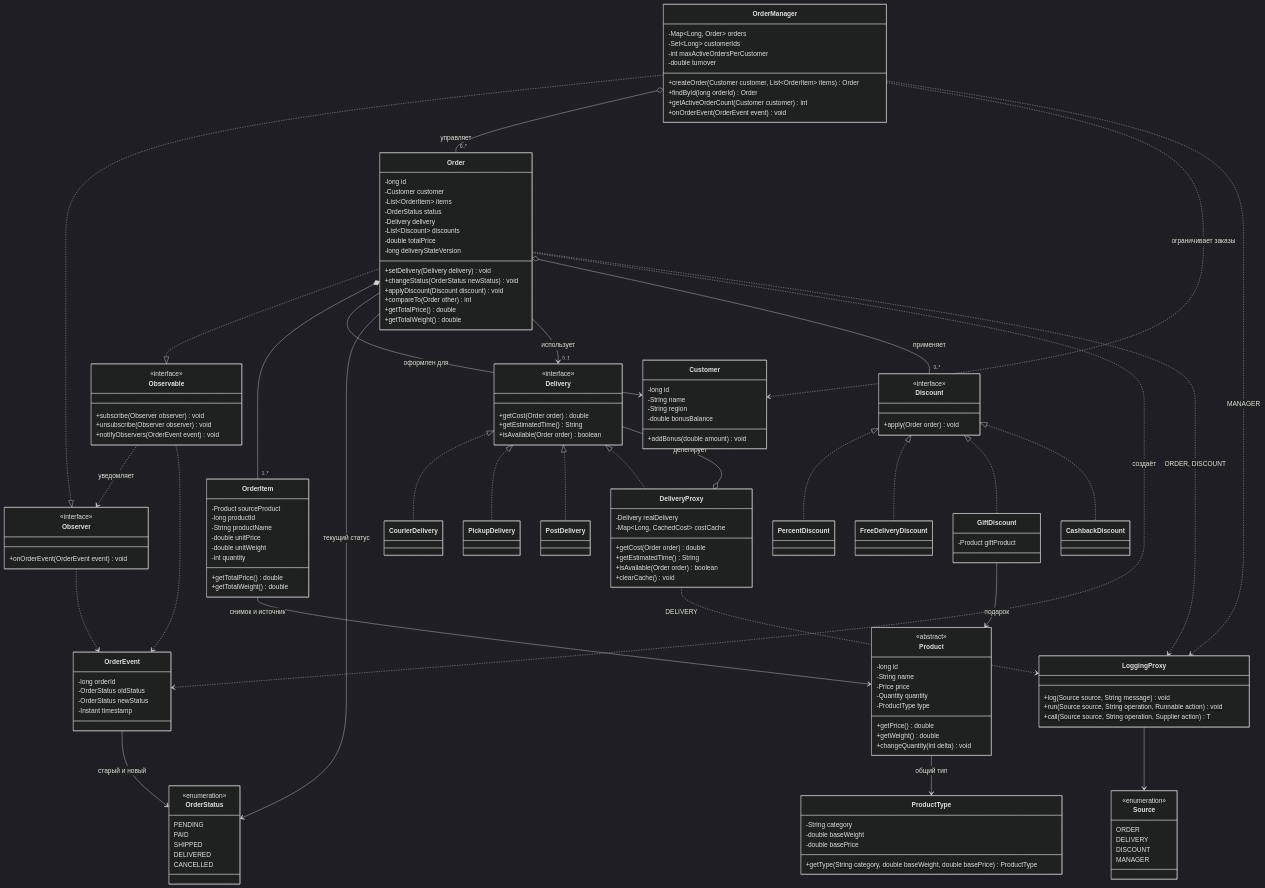
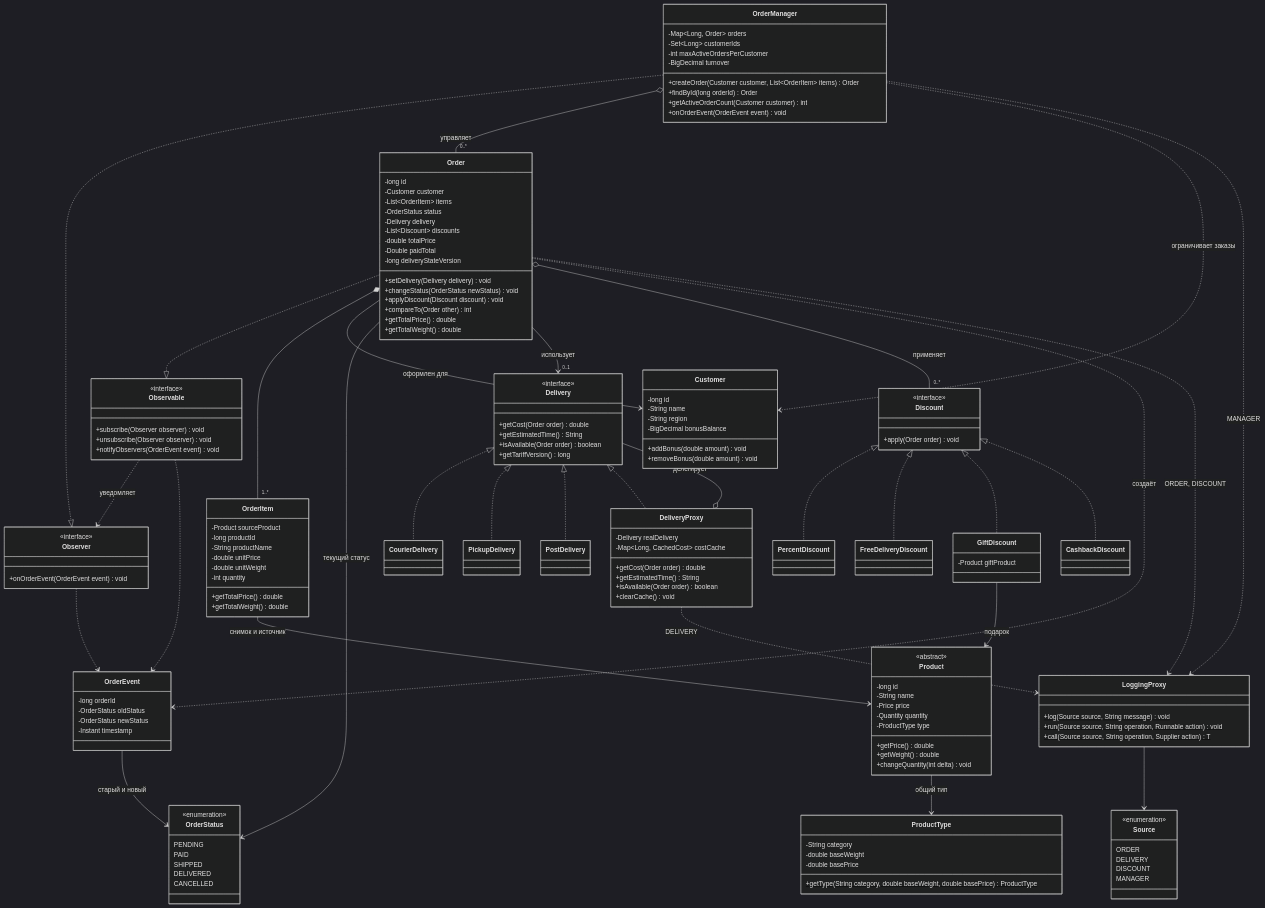
One commit to areallypawa/IS-OOP-Practical-Works changed the third of 3 diagrams in README.md. Above: the diagram before and after it, drawn with Mermaid (dark theme). The commit also changed other lines of this file and 3 other files, not shown here.

```diff
--- a/README.md
+++ b/README.md
@@ -206,7 +208,7 @@
     -Map~Long, Order~ orders
     -Set~Long~ customerIds
     -int maxActiveOrdersPerCustomer
-    -double turnover
+    -BigDecimal turnover
     +createOrder(Customer customer, List~OrderItem~ items) Order
     +findById(long orderId) Order
     +getActiveOrderCount(Customer customer) int
@@ -221,6 +223,7 @@
     -Delivery delivery
     -List~Discount~ discounts
     -double totalPrice
+    -Double paidTotal
     -long deliveryStateVersion
     +setDelivery(Delivery delivery) void
     +changeStatus(OrderStatus newStatus) void
@@ -245,8 +248,9 @@
     -long id
     -String name
     -String region
-    -double bonusBalance
+    -BigDecimal bonusBalance
     +addBonus(double amount) void
+    +removeBonus(double amount) void
 }
 
 class Product {
@@ -273,6 +277,7 @@
     +getCost(Order order) double
     +getEstimatedTime() String
     +isAvailable(Order order) boolean
+    +getTariffVersion() long
 }
 
 class CourierDelivery
```
